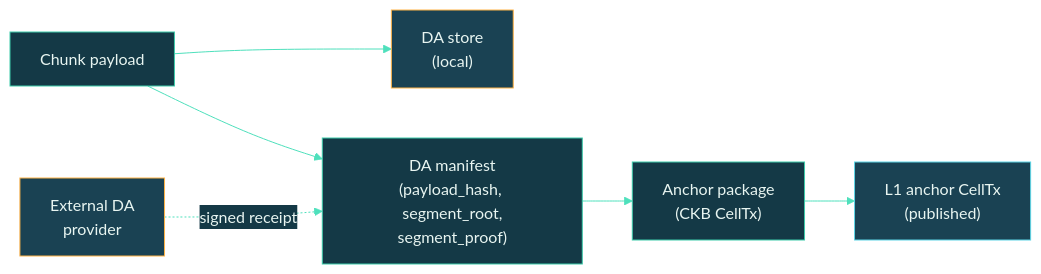
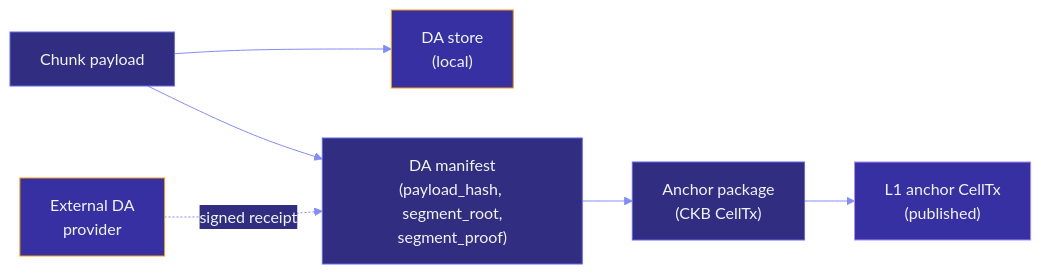
One commit to Myelin-Labs/Myelin changed the third of 5 diagrams in docs/interactions/session-flow.md. Above: the diagram before and after it, drawn with Mermaid. The commit also changed other lines of this file and 31 other files, not shown here.

````diff
--- a/docs/interactions/session-flow.md
+++ b/docs/interactions/session-flow.md
@@ -149,29 +149,29 @@
 ```mermaid
 %%{init: {
   "theme": "base",
   "themeVariables": {
-    "primaryColor": "#0F2D3D",
-    "primaryTextColor": "#E8F5F1",
-    "primaryBorderColor": "#3CCBAA",
-    "lineColor": "#4EE0BC",
-    "secondaryColor": "#143946",
-    "tertiaryColor": "#1A4253"
+    "primaryColor": "#1E1B4B",
+    "primaryTextColor": "#F1F5F9",
+    "primaryBorderColor": "#6366F1",
+    "lineColor": "#818CF8",
+    "secondaryColor": "#312E81",
+    "tertiaryColor": "#3730A3"
   }
 }}%%
 flowchart LR
     A["Chunk payload"]:::l2
     B["DA manifest<br/>(payload_hash, segment_root,<br/>segment_proof)"]:::l2
     C["DA store<br/>(local)"]:::off
     D["External DA<br/>provider"]:::off
     E["Anchor package<br/>(CKB CellTx)"]:::l2
     F["L1 anchor CellTx<br/>(published)"]:::l1
 
     A --> C
     A --> B
     D -.->|signed receipt| B
     B --> E --> F
 
-    classDef l2  fill:#143946,stroke:#3CCBAA,color:#E8F5F1;
-    classDef off fill:#1A4253,stroke:#FFB347,color:#E8F5F1;
-    classDef l1  fill:#1A4253,stroke:#5DD4E5,color:#E8F5F1;
+    classDef l2  fill:#312E81,stroke:#6366F1,color:#F1F5F9;
+    classDef off fill:#3730A3,stroke:#F59E0B,color:#F1F5F9;
+    classDef l1  fill:#3730A3,stroke:#A78BFA,color:#F1F5F9;
 ```
````
